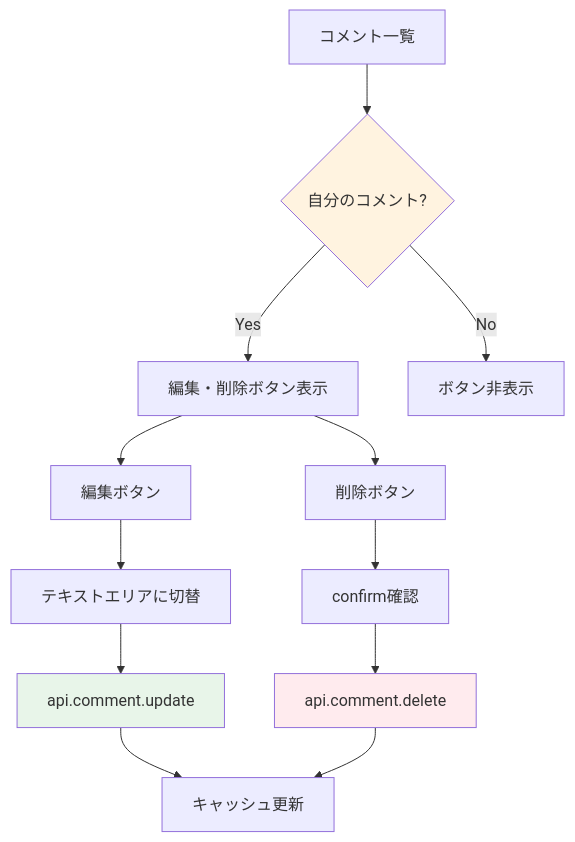
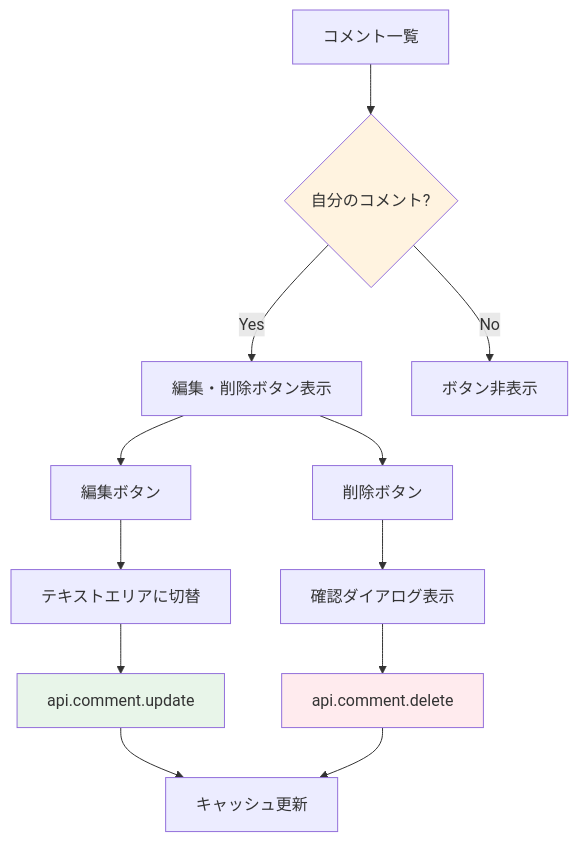
One commit to kouiso/task-app changed the diagram in material/30days-curriculum/day19_コメント編集・削除.md. Above: the diagram before and after it, drawn with Mermaid. The commit also changed other lines of this file and 65 other files, not shown here.

````diff
--- a/material/30days-curriculum/day19_コメント編集・削除.md
+++ b/material/30days-curriculum/day19_コメント編集・削除.md
@@ -28,18 +28,18 @@
 ```mermaid
-graph TD
+flowchart TD
     A[コメント一覧] --> B{自分のコメント?}
     B -->|Yes| C[編集・削除ボタン表示]
     B -->|No| D[ボタン非表示]
     C --> E[編集ボタン]
     C --> F[削除ボタン]
     E --> G[テキストエリアに切替]
     G --> H[api.comment.update]
-    F --> I[confirm確認]
+    F --> I[確認ダイアログ表示]
     I --> J[api.comment.delete]
     H --> K[キャッシュ更新]
     J --> K
 
     style B fill:#fff3e0
     style H fill:#e8f5e9
     style J fill:#ffebee
 ```
````
